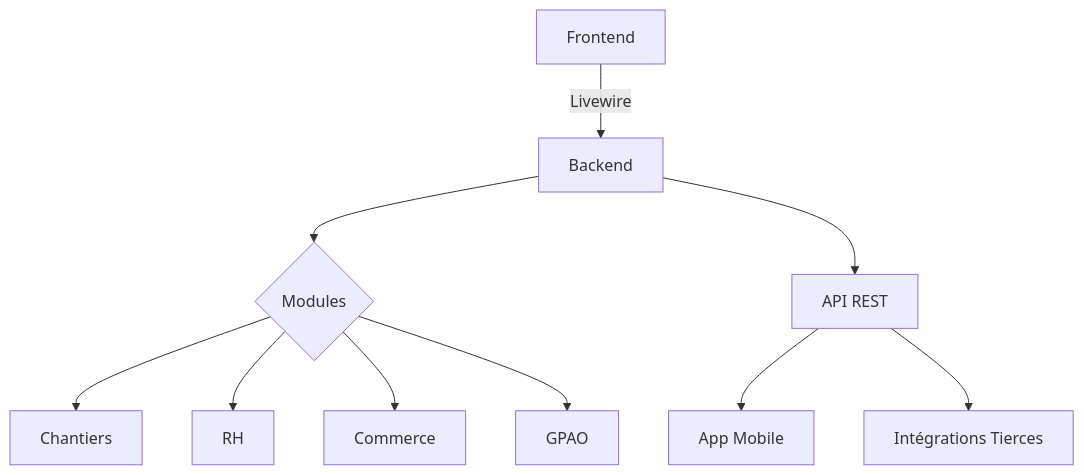
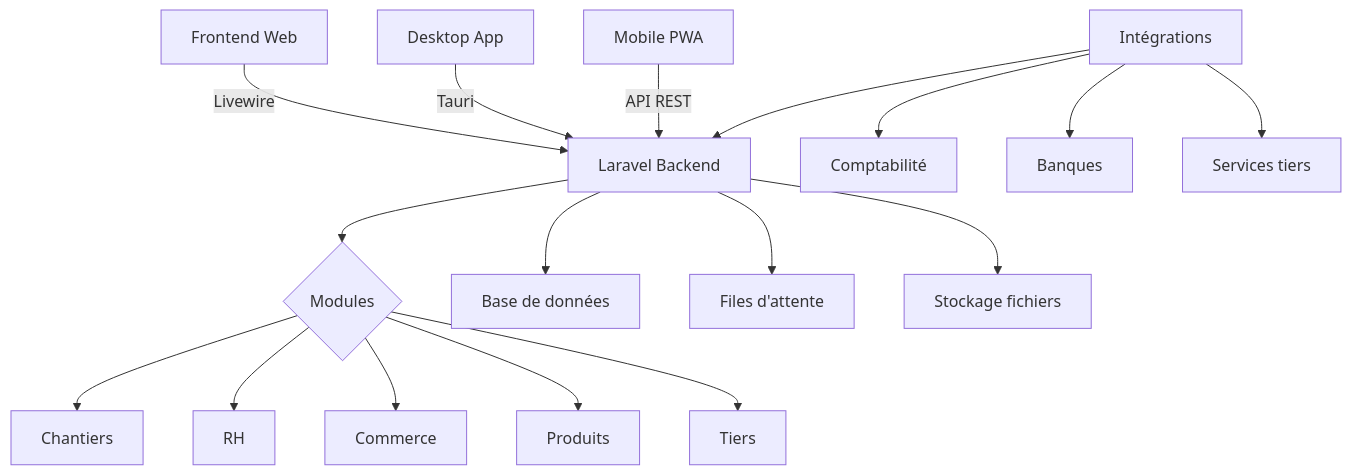
One commit to vortechstudio/batistack2 changed the diagram in README.md. Above: the diagram before and after it, drawn with Mermaid. The commit also changed other lines of this file and 2 other files, not shown here.

````diff
--- a/README.md
+++ b/README.md
@@ -36,12 +157,22 @@
 ```mermaid
 graph TD
-  A[Frontend] -->|Livewire| B[Backend]
-  B --> C{Modules}
-  C --> D[Chantiers]
-  C --> E[RH]
-  C --> F[Commerce]
-  C --> G[GPAO]
-  B --> H[API REST]
-  H --> I[App Mobile]
-  H --> J[Intégrations Tierces]
+    A[Frontend Web] -->|Livewire| B[Laravel Backend]
+    C[Desktop App] -->|Tauri| B
+    D[Mobile PWA] -->|API REST| B
+    
+    B --> E{Modules}
+    E --> F[Chantiers]
+    E --> G[RH]
+    E --> H[Commerce]
+    E --> I[Produits]
+    E --> J[Tiers]
+    
+    B --> K[Base de données]
+    B --> L[Files d'attente]
+    B --> M[Stockage fichiers]
+    
+    N[Intégrations] --> B
+    N --> O[Comptabilité]
+    N --> P[Banques]
+    N --> Q[Services tiers]
 ```
````
